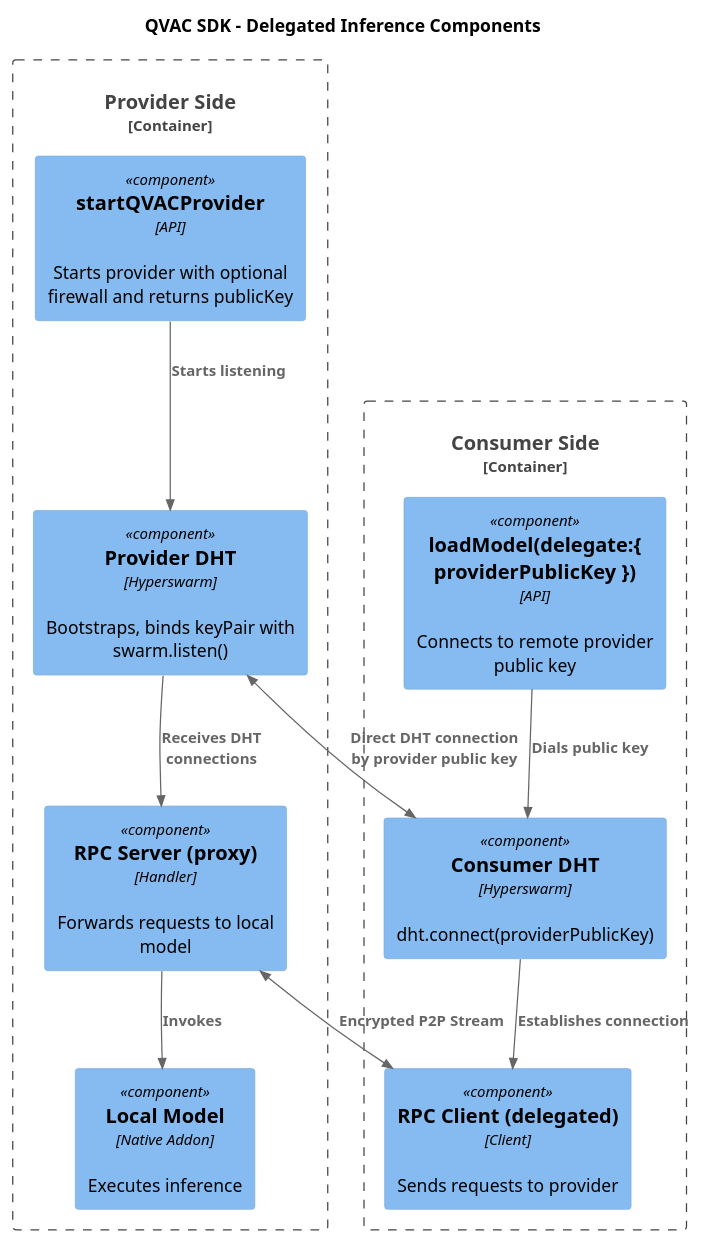
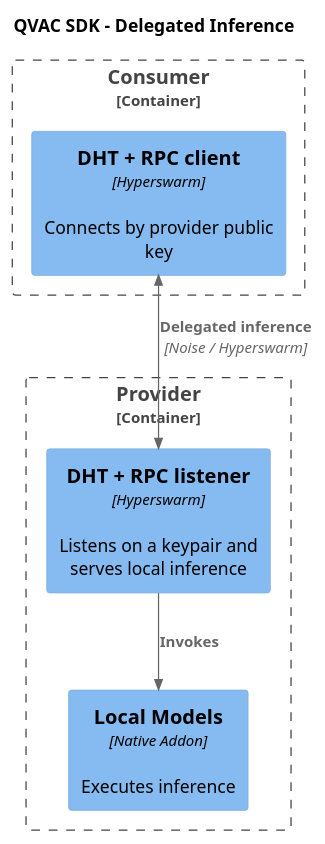
One commit to Zbig9000/qvac changed the diagram in docs/architecture/puml/09-delegated-inference.puml. Above: the diagram before and after it, drawn with PlantUML. The commit also changed 20 other files, not shown here.

First line of the commit message:
doc[notask]: simplify SDK family architecture diagrams (#3982)

```diff
--- a/docs/architecture/puml/09-delegated-inference.puml
+++ b/docs/architecture/puml/09-delegated-inference.puml
@@ -1,29 +1,19 @@
 @startuml
 !include <C4/C4_Component>
+HIDE_STEREOTYPE()
 
-title QVAC SDK - Delegated Inference Components
+title QVAC SDK - Delegated Inference
 
-Container_Boundary(provider, "Provider Side") {
-    Component(start_provider, "startQVACProvider", "API", "Starts provider with optional firewall and returns publicKey")
-    Component(dht_p, "Provider DHT", "Hyperswarm", "Bootstraps, binds keyPair with swarm.listen()")
-    Component(rpc_proxy, "RPC Server (proxy)", "Handler", "Forwards requests to local model")
-    Component(local_model, "Local Model", "Native Addon", "Executes inference")
+Container_Boundary(provider, "Provider") {
+    Component(listener, "DHT + RPC listener", "Hyperswarm", "Listens on a keypair and serves local inference")
+    Component(local_model, "Local Models", "Native Addon", "Executes inference")
 }
 
-Container_Boundary(consumer, "Consumer Side") {
-    Component(load_model, "loadModel(delegate:{ providerPublicKey })", "API", "Connects to remote provider public key")
-    Component(dht_c, "Consumer DHT", "Hyperswarm", "dht.connect(providerPublicKey)")
-    Component(rpc_delegated, "RPC Client (delegated)", "Client", "Sends requests to provider")
+Container_Boundary(consumer, "Consumer") {
+    Component(dialer, "DHT + RPC client", "Hyperswarm", "Connects by provider public key")
 }
 
-Rel(start_provider, dht_p, "Starts listening")
-Rel(dht_p, rpc_proxy, "Receives DHT connections")
-Rel(rpc_proxy, local_model, "Invokes")
-
-Rel(load_model, dht_c, "Dials public key")
-Rel(dht_c, rpc_delegated, "Establishes connection")
-
-BiRel(dht_p, dht_c, "Direct DHT connection by provider public key")
-BiRel(rpc_proxy, rpc_delegated, "Encrypted P2P Stream")
+Rel(listener, local_model, "Invokes")
+BiRel(dialer, listener, "Delegated inference", "Noise / Hyperswarm")
 
 @enduml
```
